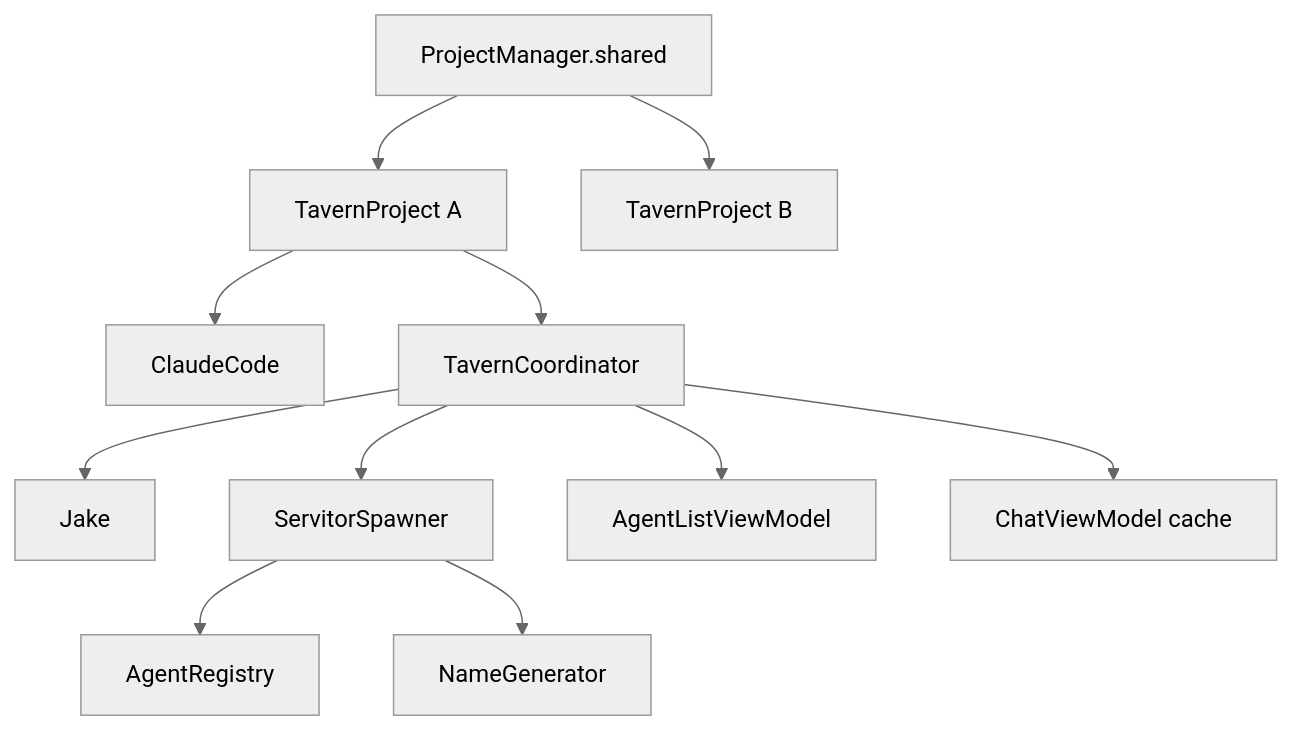
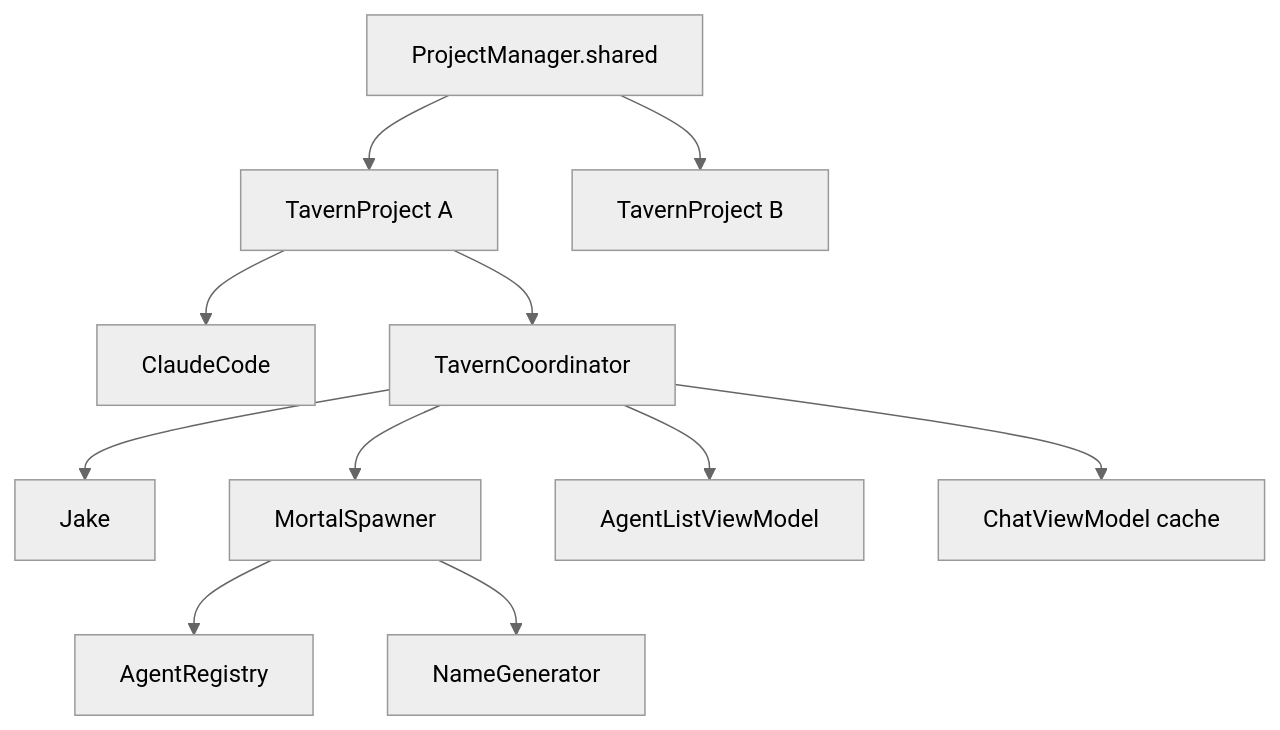
The second of 2 diagrams in docs/2-spec/003-system-architecture.md (loupgaroublond/the-tavern-at-the-spillway), drawn with Mermaid (neutral theme) before and after one commit. The commit also changed other lines of this file and 74 other files, not shown here.

````diff
--- a/docs/2-spec/003-system-architecture.md
+++ b/docs/2-spec/003-system-architecture.md
@@ -215,16 +214,16 @@
 ```mermaid
 flowchart TD
     PM[ProjectManager.shared] --> TP1[TavernProject A]
     PM --> TP2[TavernProject B]
 
     TP1 --> CC1[ClaudeCode]
     TP1 --> TC1[TavernCoordinator]
 
     TC1 --> Jake1[Jake]
-    TC1 --> SS1[ServitorSpawner]
+    TC1 --> SS1[MortalSpawner]
     TC1 --> ALVM1[AgentListViewModel]
     TC1 --> CVM1["ChatViewModel cache"]
 
     SS1 --> AR1[AgentRegistry]
     SS1 --> NG1[NameGenerator]
 ```
````
